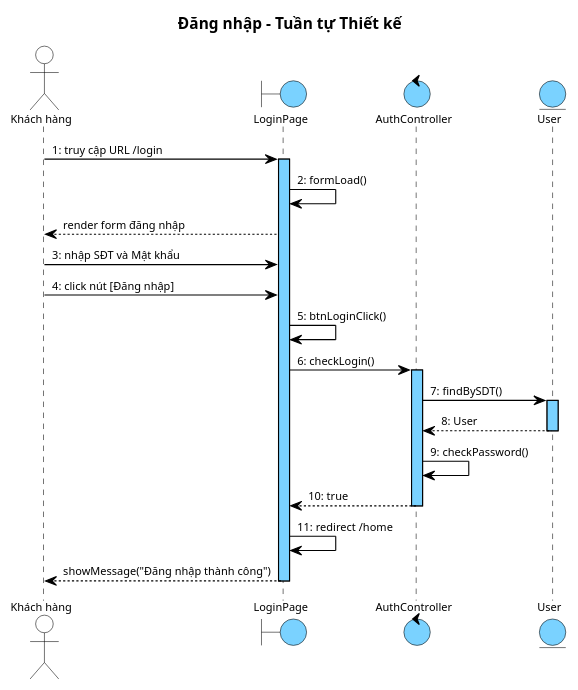
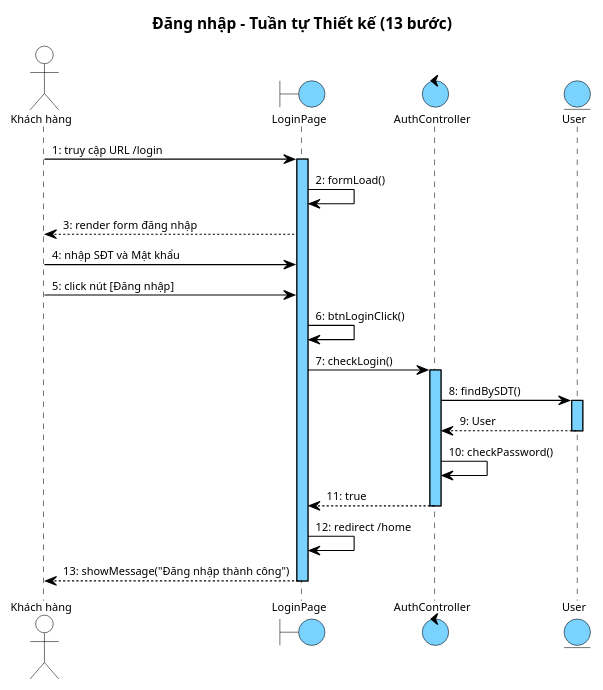
Before and after one commit to thanhtrnnn/cnpm: the fourth of 8 diagrams in docs/tabs/account/iii-design.md, drawn with PlantUML. The commit also changed other lines of this file and 19 other files, not shown here.

First line of the commit message:
fix: account sequence diagrams 1:1 step parity (II.4 + III.4) + 4.2 format

````diff
--- a/docs/tabs/account/iii-design.md
+++ b/docs/tabs/account/iii-design.md
@@ -591,79 +578,79 @@
 ```plantuml
 @startuml
 skinparam shadowing false
 skinparam SequenceMessageAlign left
 
 skinparam SequenceLifeLineBackgroundColor #7AD2FF
 skinparam SequenceLifeLineBorderColor #000000
 
 <style>
 sequenceDiagram {
   Shadowing 0
   RoundCorner 0
   FontName "Arial"
   FontSize 10
   FontColor #000000
 
   participant {
     BackgroundColor #7AD2FF
     LineColor #000000
     LineThickness 1
   }
 
   actor {
     BackgroundColor transparent
     LineColor #000000
   }
   boundary {
     BackgroundColor #7AD2FF
     LineColor #000000
   }
   control {
     BackgroundColor #7AD2FF
     LineColor #000000
   }
   entity {
     BackgroundColor #7AD2FF
     LineColor #000000
   }
 
   lifeline {
     LineColor #000000
     LineStyle 5-5
   }
 
   arrow {
     LineColor #000000
     LineThickness 1
     FontSize 10
   }
 }
 </style>
-title Đăng nhập – Tuần tự Thiết kế
+title Đăng nhập – Tuần tự Thiết kế (13 bước)
 
 actor "Khách hàng" as KH
 boundary LoginPage as B1
 control AuthController as C1
 entity User as E1
 
 KH -> B1 : 1: truy cập URL /login
 activate B1
 B1 -> B1 : 2: formLoad()
-B1 --> KH : render form đăng nhập
-KH -> B1 : 3: nhập SĐT và Mật khẩu
-KH -> B1 : 4: click nút [Đăng nhập]
-B1 -> B1 : 5: btnLoginClick()
-B1 -> C1 : 6: checkLogin()
+B1 --> KH : 3: render form đăng nhập
+KH -> B1 : 4: nhập SĐT và Mật khẩu
+KH -> B1 : 5: click nút [Đăng nhập]
+B1 -> B1 : 6: btnLoginClick()
+B1 -> C1 : 7: checkLogin()
 activate C1
-C1 -> E1 : 7: findBySDT()
+C1 -> E1 : 8: findBySDT()
 activate E1
-E1 --> C1 : 8: User
+E1 --> C1 : 9: User
 deactivate E1
-C1 -> C1 : 9: checkPassword()
-C1 --> B1 : 10: true
+C1 -> C1 : 10: checkPassword()
+C1 --> B1 : 11: true
 deactivate C1
-B1 -> B1 : 11: redirect /home
-B1 --> KH : showMessage("Đăng nhập thành công")
+B1 -> B1 : 12: redirect /home
+B1 --> KH : 13: showMessage("Đăng nhập thành công")
 deactivate B1
 @enduml
 ```
````
